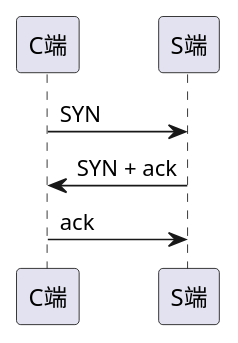
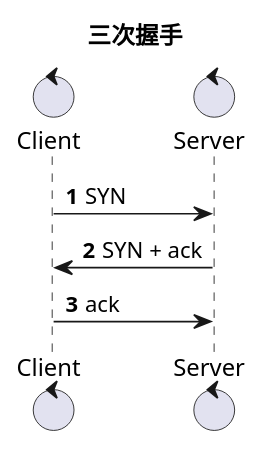
Before and after one commit to yayaa-uuu/study: the diagram in 计算机网络/三次握手.puml, drawn with PlantUML. The commit also changed 3 other files, not shown here.

```diff
--- a/计算机网络/三次握手.puml
+++ b/计算机网络/三次握手.puml
@@ -1,5 +1,12 @@
 @startuml
-C端 -> S端: SYN
-C端 <- S端: SYN + ack
-C端 -> S端: ack
+title 三次握手
+
+autonumber
+
+Control Client as C
+Control Server as S
+
+C -> S: SYN
+C <- S: SYN + ack
+C -> S: ack
 @enduml
```
